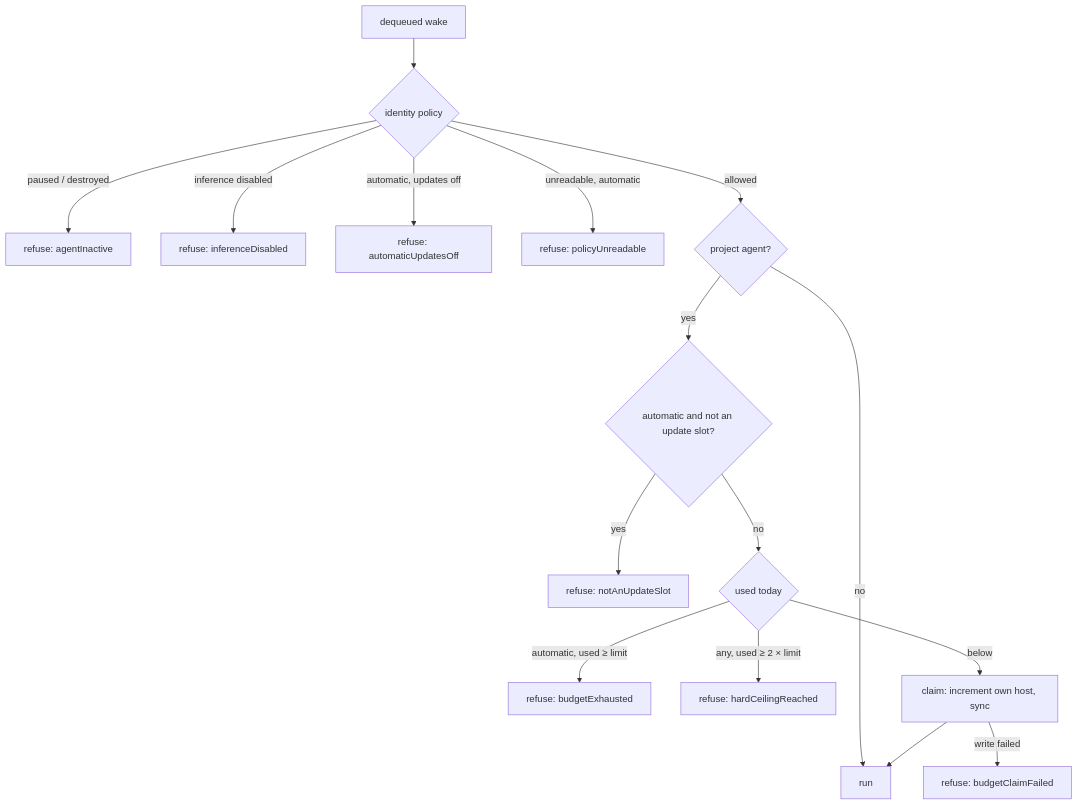
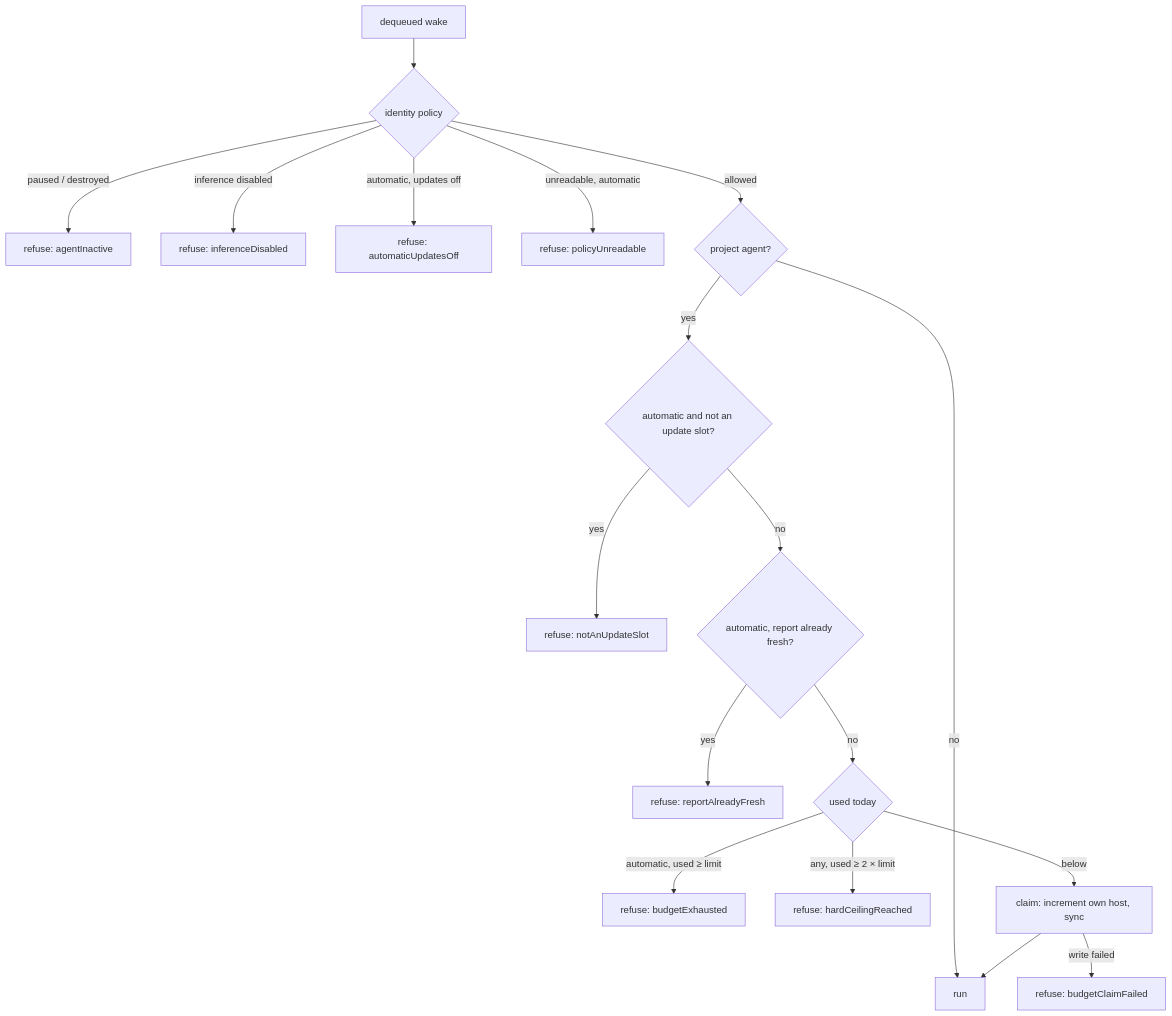
One commit to matthiasn/lotti changed the second of 5 diagrams in knowledge/features/agents/wake-orchestration.md. Above: the diagram before and after it, drawn with Mermaid. The commit also changed other lines of this file and 15 other files, not shown here.

````diff
--- a/knowledge/features/agents/wake-orchestration.md
+++ b/knowledge/features/agents/wake-orchestration.md
@@ -390,18 +390,20 @@
 ```mermaid
 flowchart TD
   Job["dequeued wake"] --> Identity{"identity policy"}
   Identity -->|"paused / destroyed"| Inactive["refuse: agentInactive"]
   Identity -->|"inference disabled"| Disabled["refuse: inferenceDisabled"]
   Identity -->|"automatic, updates off"| Off["refuse: automaticUpdatesOff"]
   Identity -->|"unreadable, automatic"| Unreadable["refuse: policyUnreadable"]
   Identity -->|"allowed"| Kind{"project agent?"}
   Kind -->|"no"| Run["run"]
   Kind -->|"yes"| Slot{"automatic and not an update slot?"}
   Slot -->|"yes"| NotSlot["refuse: notAnUpdateSlot"]
-  Slot -->|"no"| Used{"used today"}
+  Slot -->|"no"| Fresh{"automatic, report already fresh?"}
+  Fresh -->|"yes"| AlreadyFresh["refuse: reportAlreadyFresh"]
+  Fresh -->|"no"| Used{"used today"}
   Used -->|"automatic, used ≥ limit"| Exhausted["refuse: budgetExhausted"]
   Used -->|"any, used ≥ 2 × limit"| Ceiling["refuse: hardCeilingReached"]
   Used -->|"below"| Claim["claim: increment own host, sync"]
   Claim -->|"write failed"| ClaimFailed["refuse: budgetClaimFailed"]
   Claim --> Run
 ```
````
